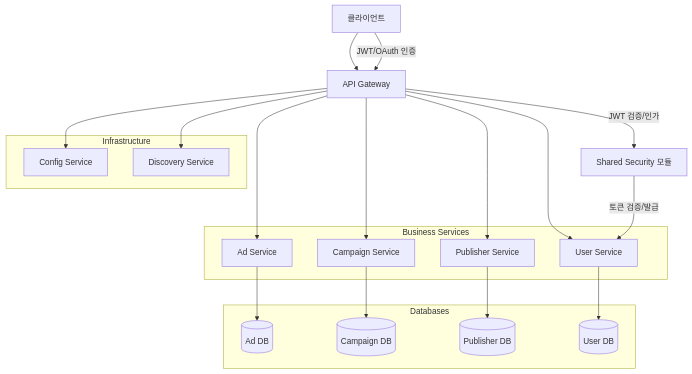
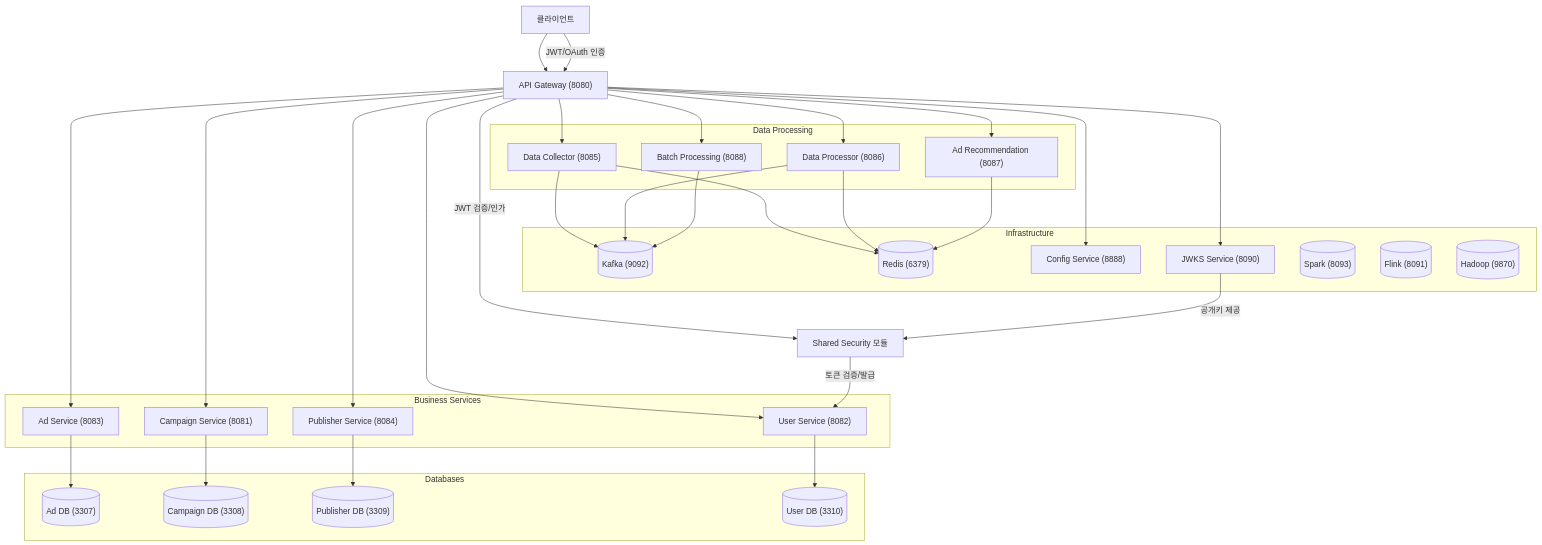
The diagram in README.md (kmkmi/spring-msa-ddd), drawn with Mermaid before and after one commit. The commit also changed other lines of this file and 108 other files, not shown here.

````diff
--- a/README.md
+++ b/README.md
@@ -183,33 +312,63 @@
 ```mermaid
 graph TD
-    Client["클라이언트"] --> Gateway["API Gateway"]
-    Gateway --> AdService["Ad Service"]
-    Gateway --> CampaignService["Campaign Service"]
-    Gateway --> PublisherService["Publisher Service"]
-    Gateway --> UserService["User Service"]
-    AdService --> AdDB[("Ad DB")]
-    CampaignService --> CampaignDB[("Campaign DB")]
-    PublisherService --> PublisherDB[("Publisher DB")]
-    UserService --> UserDB[("User DB")]
-    Gateway --> ConfigService["Config Service"]
-    Gateway --> DiscoveryService["Discovery Service"]
+    Client["클라이언트"] --> Gateway["API Gateway (8080)"]
+    Gateway --> AdService["Ad Service (8083)"]
+    Gateway --> CampaignService["Campaign Service (8081)"]
+    Gateway --> PublisherService["Publisher Service (8084)"]
+    Gateway --> UserService["User Service (8082)"]
+    Gateway --> DataCollector["Data Collector (8085)"]
+    Gateway --> DataProcessor["Data Processor (8086)"]
+    Gateway --> BatchProcessing["Batch Processing (8088)"]
+    Gateway --> AdRecommendation["Ad Recommendation (8087)"]
+    
+    AdService --> AdDB[("Ad DB (3307)")]
+    CampaignService --> CampaignDB[("Campaign DB (3308)")]
+    PublisherService --> PublisherDB[("Publisher DB (3309)")]
+    UserService --> UserDB[("User DB (3310)")]
+    
+    DataCollector --> Kafka[("Kafka (9092)")]
+    DataProcessor --> Kafka
+    BatchProcessing --> Kafka
+    DataCollector --> Redis[("Redis (6379)")]
+    DataProcessor --> Redis
+    AdRecommendation --> Redis
+    
+    Gateway --> ConfigService["Config Service (8888)"]
+    Gateway --> JWKSService["JWKS Service (8090)"]
+    
     subgraph Infra["Infrastructure"]
         ConfigService
-        DiscoveryService
+        JWKSService
+        Kafka
+        Redis
+        Spark[("Spark (8093)")]
+        Flink[("Flink (8091)")]
+        Hadoop[("Hadoop (9870)")]
     end
+    
     subgraph Business["Business Services"]
         AdService
         CampaignService
         PublisherService
         UserService
     end
+    
+    subgraph Data["Data Processing"]
+        DataCollector
+        DataProcessor
+        BatchProcessing
+        AdRecommendation
+    end
+    
     subgraph DBs["Databases"]
         AdDB
         CampaignDB
         PublisherDB
         UserDB
     end
+    
     Client-->|JWT/OAuth 인증|Gateway
     Gateway-->|JWT 검증/인가|SharedSecurity["Shared Security 모듈"]
     SharedSecurity-->|토큰 검증/발급|UserService
+    JWKSService-->|공개키 제공|SharedSecurity
 ```
````
